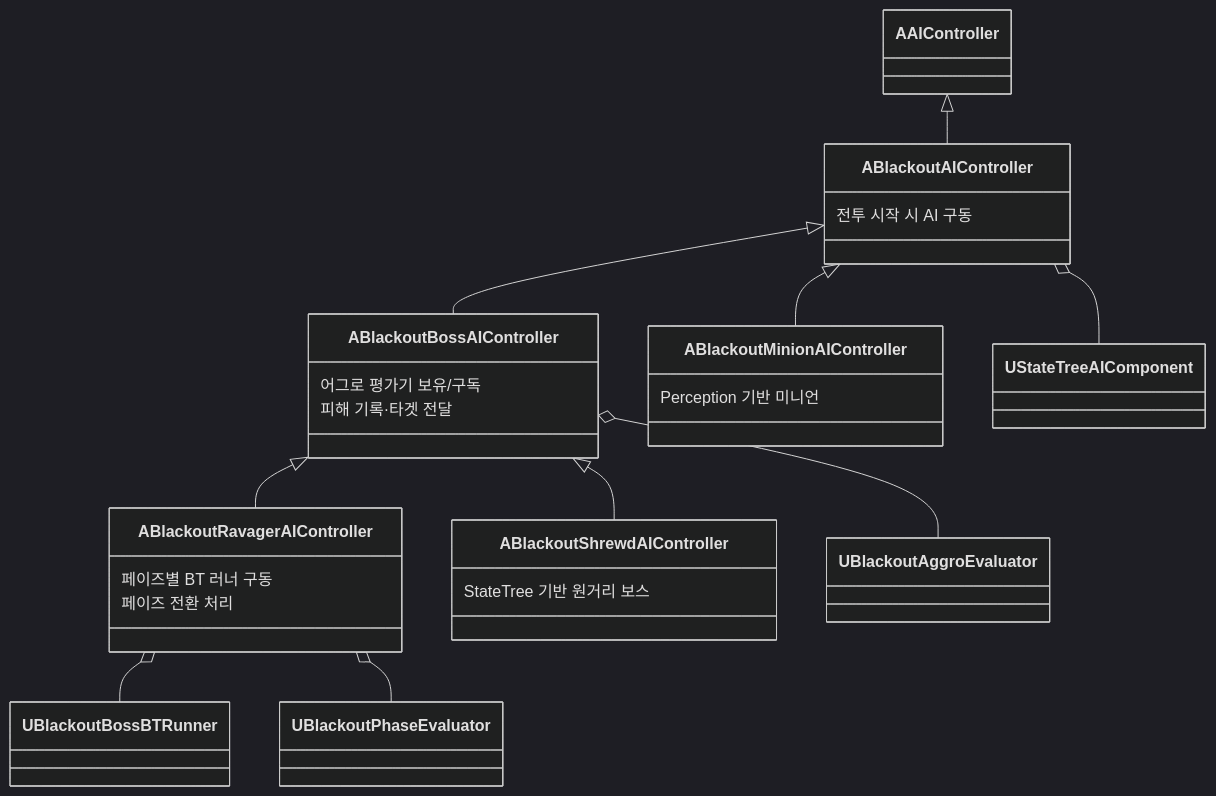
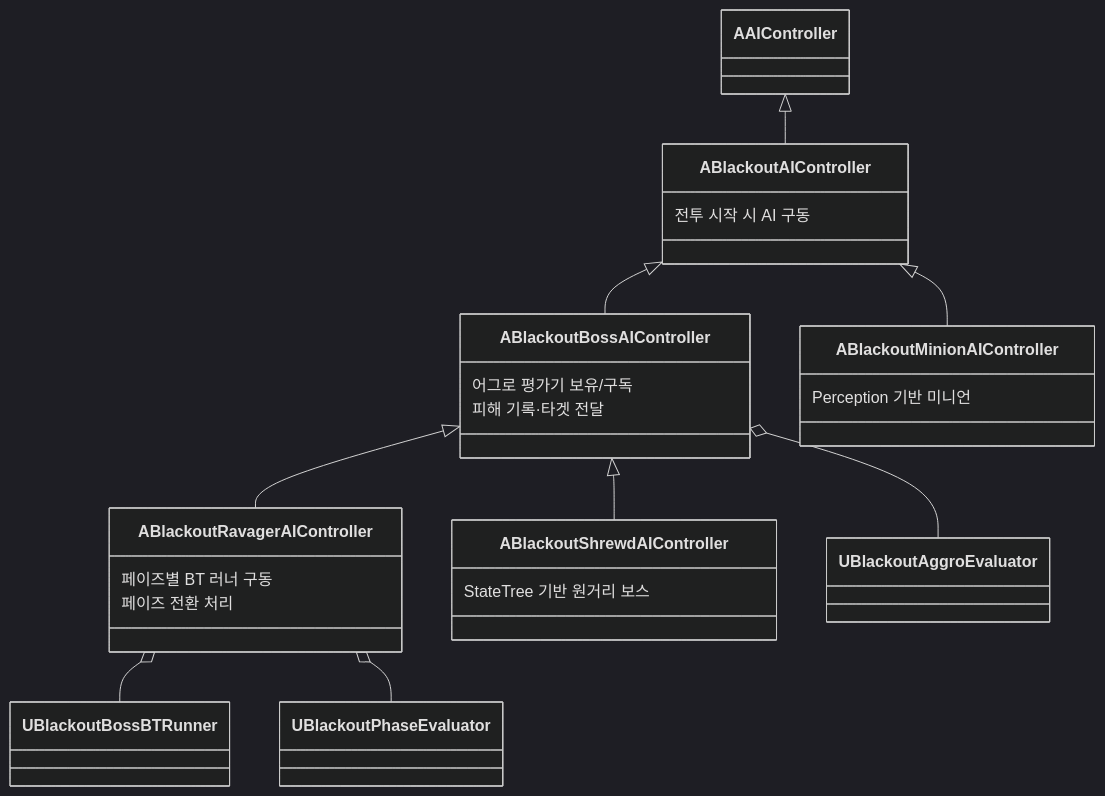
One commit to seongwon1579/ProjectBlackout changed the fifth of 8 diagrams in README.md. Above: the diagram before and after it, drawn with Mermaid (dark theme). The commit also changed other lines of this file, not shown here.

````diff
--- a/README.md
+++ b/README.md
@@ -274,31 +274,30 @@
 ```mermaid
 classDiagram
     AAIController <|-- ABlackoutAIController
     ABlackoutAIController <|-- ABlackoutBossAIController
     ABlackoutBossAIController <|-- ABlackoutRavagerAIController
     ABlackoutBossAIController <|-- ABlackoutShrewdAIController
     ABlackoutAIController <|-- ABlackoutMinionAIController
 
-    ABlackoutAIController o-- UStateTreeAIComponent
     ABlackoutBossAIController o-- UBlackoutAggroEvaluator
     ABlackoutRavagerAIController o-- UBlackoutBossBTRunner
     ABlackoutRavagerAIController o-- UBlackoutPhaseEvaluator
 
     class ABlackoutAIController {
         전투 시작 시 AI 구동
     }
     class ABlackoutBossAIController {
         어그로 평가기 보유/구독
         피해 기록·타겟 전달
     }
     class ABlackoutRavagerAIController {
         페이즈별 BT 러너 구동
         페이즈 전환 처리
     }
     class ABlackoutShrewdAIController {
         StateTree 기반 원거리 보스
     }
     class ABlackoutMinionAIController {
         Perception 기반 미니언
     }
 ```
````
